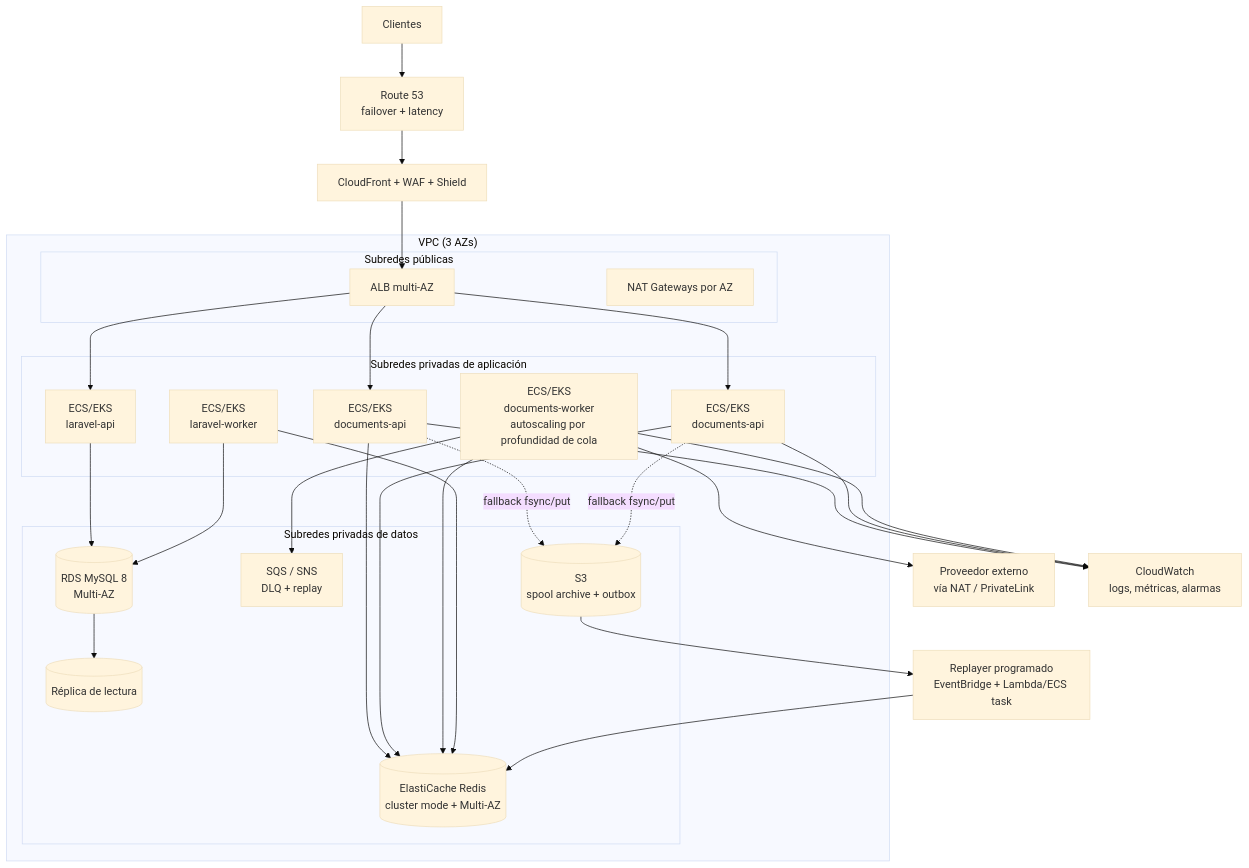
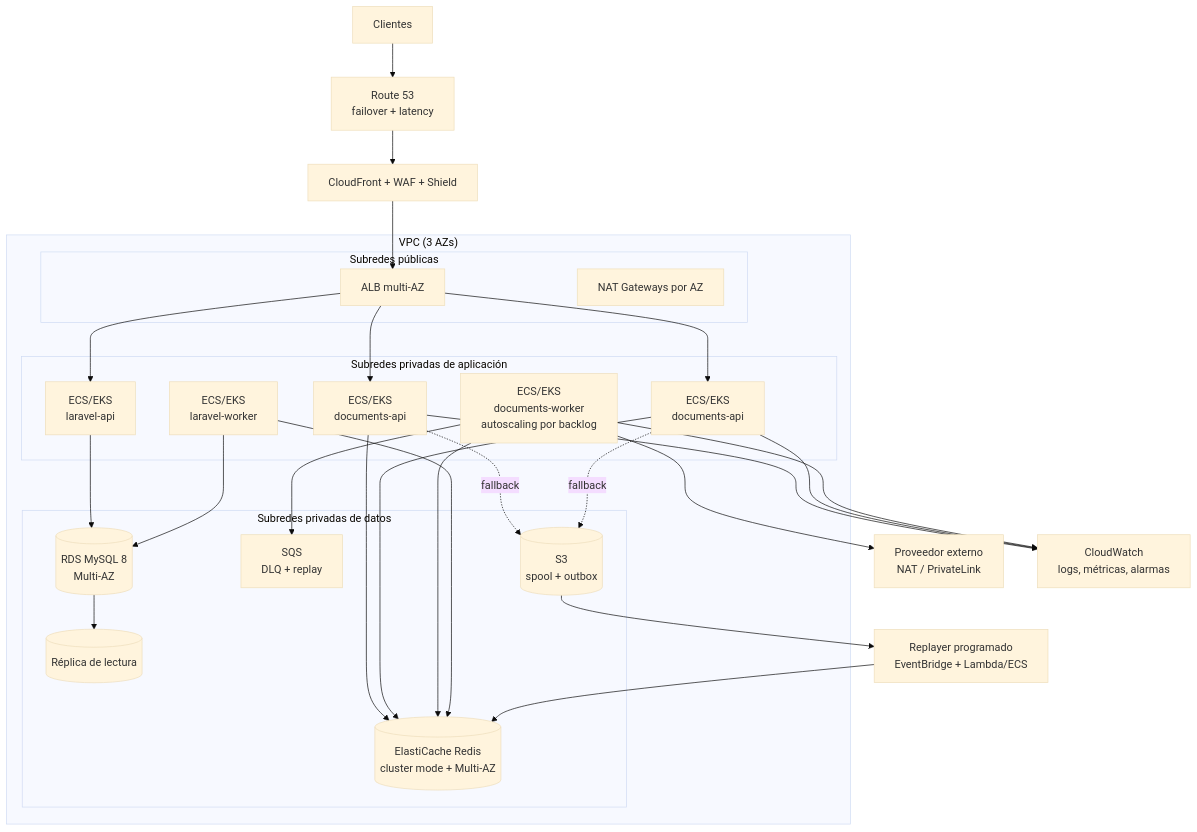
One commit to favhyan1845/estupendo-senior-backend-challenge changed the diagram in README.md. Above: the diagram before and after it, drawn with Mermaid (base theme). The commit also changed other lines of this file, not shown here.

````diff
--- a/README.md
+++ b/README.md
@@ -358,40 +205,40 @@
 ```mermaid
 flowchart TB
     U[Clientes] --> R53[Route 53<br/>failover + latency]
     R53 --> WAF[CloudFront + WAF + Shield]
     WAF --> ALB[ALB multi-AZ]
 
     subgraph VPC["VPC (3 AZs)"]
       subgraph PUB["Subredes públicas"]
         ALB
         NAT[NAT Gateways por AZ]
       end
       subgraph APP["Subredes privadas de aplicación"]
         API1[ECS/EKS<br/>documents-api]
         API2[ECS/EKS<br/>documents-api]
         LAR[ECS/EKS<br/>laravel-api]
-        WK[ECS/EKS<br/>documents-worker<br/>autoscaling por profundidad de cola]
+        WK[ECS/EKS<br/>documents-worker<br/>autoscaling por backlog]
         LW[ECS/EKS<br/>laravel-worker]
       end
       subgraph DATA["Subredes privadas de datos"]
         RDS[(RDS MySQL 8<br/>Multi-AZ)]
         RDSR[(Réplica de lectura)]
         EC[(ElastiCache Redis<br/>cluster mode + Multi-AZ)]
-        SQS[SQS / SNS<br/>DLQ + replay]
-        S3[(S3<br/>spool archive + outbox)]
+        SQS[SQS<br/>DLQ + replay]
+        S3[(S3<br/>spool + outbox)]
       end
     end
 
     ALB --> API1 & API2 & LAR
     API1 & API2 --> EC
-    API1 & API2 -.fallback fsync/put.-> S3
+    API1 & API2 -.fallback.-> S3
     WK & LW --> EC
-    WK --> EXT[Proveedor externo<br/>vía NAT / PrivateLink]
+    WK --> EXT[Proveedor externo<br/>NAT / PrivateLink]
     LAR & LW --> RDS
     RDS --> RDSR
     WK --> SQS
     API1 & API2 --> CW[CloudWatch<br/>logs, métricas, alarmas]
     WK --> CW
-    S3 --> REP[Replayer programado<br/>EventBridge + Lambda/ECS task]
+    S3 --> REP[Replayer programado<br/>EventBridge + Lambda/ECS]
     REP --> EC
 ```
````
